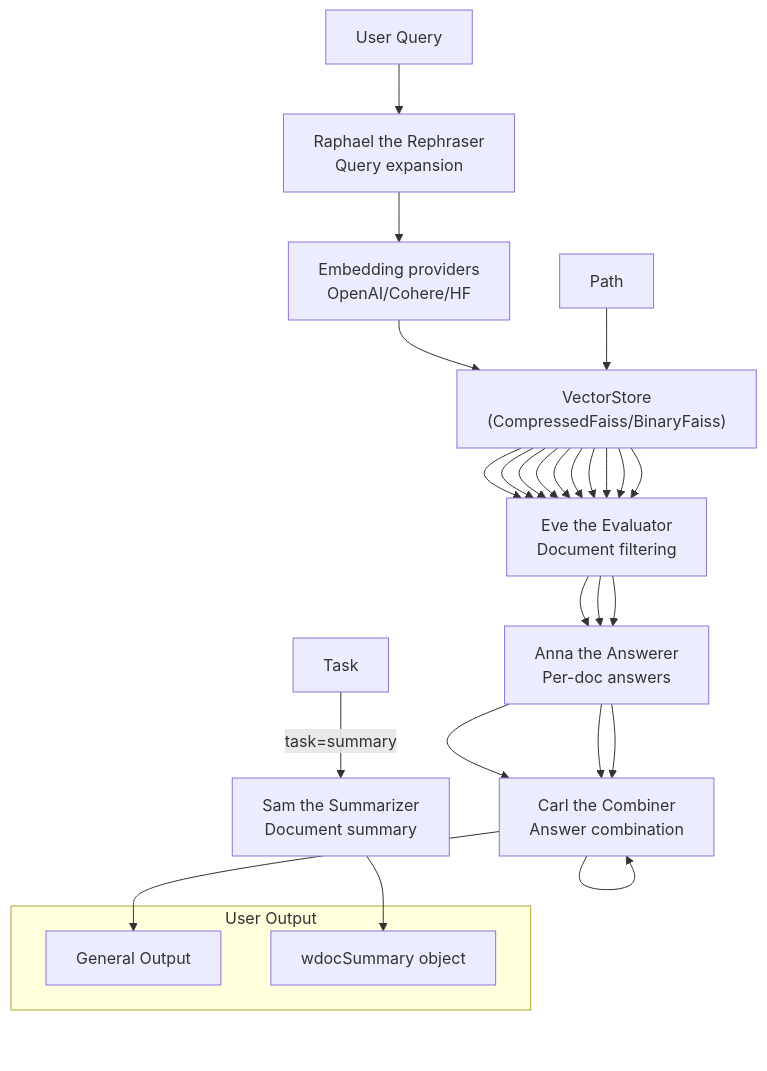
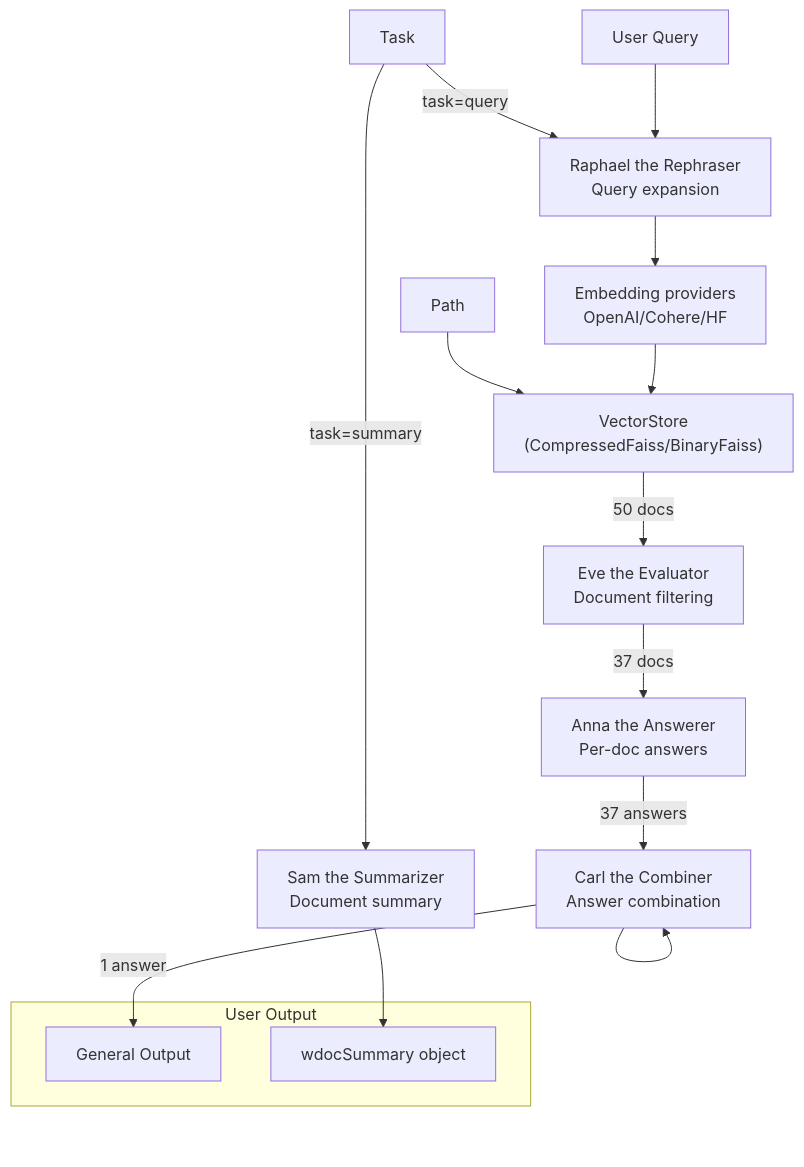
One commit to thiswillbeyourgithub/wdoc changed the diagram in images/diagram.mmd. Above: the diagram before and after it, drawn with Mermaid.

Commit message:
feat: simplify diagram arrows with labeled connections and add task=query

```diff
--- a/images/diagram.mmd
+++ b/images/diagram.mmd
@@ -1,50 +1,38 @@
 flowchart TD
     Task["Task"]
     UserQuery["User Query"]
     Path["Path"]
 
     Embeddings["Embedding providers<br/>OpenAI/Cohere/HF"]
     VectorStore["VectorStore<br/>(CompressedFaiss/BinaryFaiss)"]
 
     Embeddings --> VectorStore
 
     Raphael["Raphael the Rephraser<br/>Query expansion"]
     Sam["Sam the Summarizer<br/>Document summary"]
     Eve["Eve the Evaluator<br/>Document filtering"]
     Anna["Anna the Answerer<br/>Per-doc answers"]
     Carl["Carl the Combiner<br/>Answer combination"]
 
     Path --> VectorStore
     UserQuery --> Raphael
     Raphael --> Embeddings
     
-    VectorStore --> Eve
-    VectorStore --> Eve
-    VectorStore --> Eve
-    VectorStore --> Eve
-    VectorStore --> Eve
-    VectorStore --> Eve
-    VectorStore --> Eve
-    VectorStore --> Eve
-    VectorStore --> Eve
-    VectorStore --> Eve
+    VectorStore -->|50 docs| Eve
     
-    Eve --> Anna
-    Eve --> Anna
-    Eve --> Anna
+    Eve -->|37 docs| Anna
     
-    Anna --> Carl
-    Anna --> Carl
-    Anna --> Carl
+    Anna -->|37 answers| Carl
 
     Carl --> Carl
 
     subgraph UserOutput["User Output"]
         Output["General Output"]
         SummaryOutput["wdocSummary object"]
     end
     
-    Carl --> Output
+    Carl -->|1 answer| Output
     
+    Task -->|task=query| Raphael
     Task -->|task=summary| Sam
     Sam --> SummaryOutput
```
